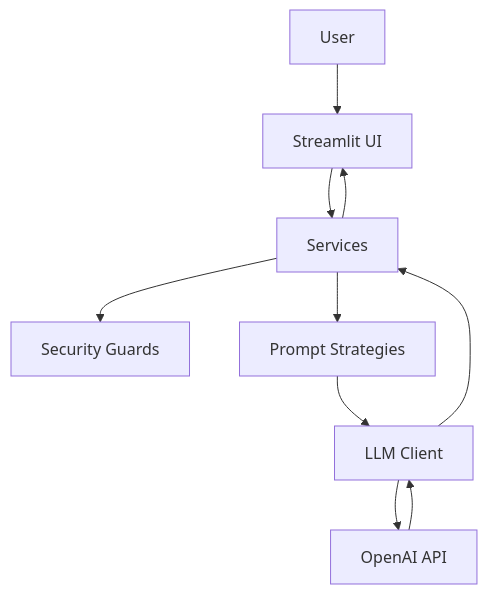
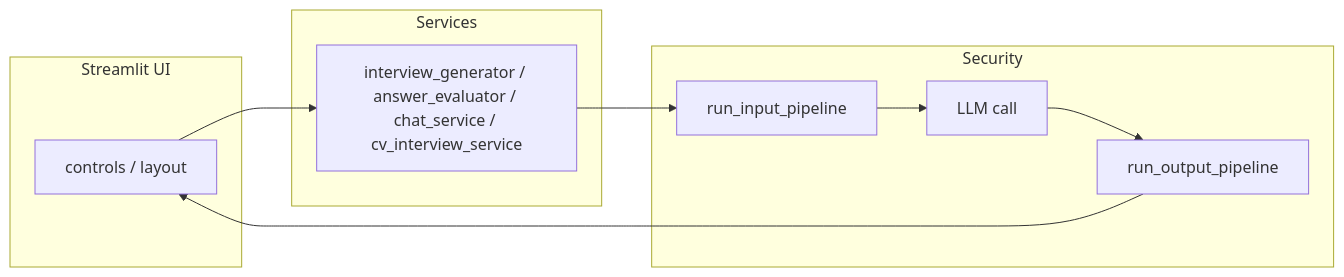
The diagram in docs/architecture.md (Fejjii/Interview-App), drawn with Mermaid before and after one commit. The commit also changed other lines of this file and 38 other files, not shown here.

First line of the commit message:
Refactor: documentation, code comments, file headers, README, and architecture improvements

````diff
--- a/docs/architecture.md
+++ b/docs/architecture.md
@@ -27,12 +34,19 @@
 ```mermaid
-flowchart TD
-  user[User] --> ui[Streamlit UI]
-  ui --> services[Services]
-  services --> guards[Security Guards]
-  services --> prompts[Prompt Strategies]
-  prompts --> llmClient[LLM Client]
-  llmClient --> openaiAPI[OpenAI API]
-  openaiAPI --> llmClient
-  llmClient --> services
-  services --> ui
+flowchart LR
+  subgraph ui [Streamlit UI]
+    A[controls / layout]
+  end
+  subgraph svc [Services]
+    B[interview_generator / answer_evaluator / chat_service / cv_interview_service]
+  end
+  subgraph sec [Security]
+    C[run_input_pipeline]
+    D[LLM call]
+    E[run_output_pipeline]
+  end
+  A --> B
+  B --> C
+  C --> D
+  D --> E
+  E --> A
 ```
````
